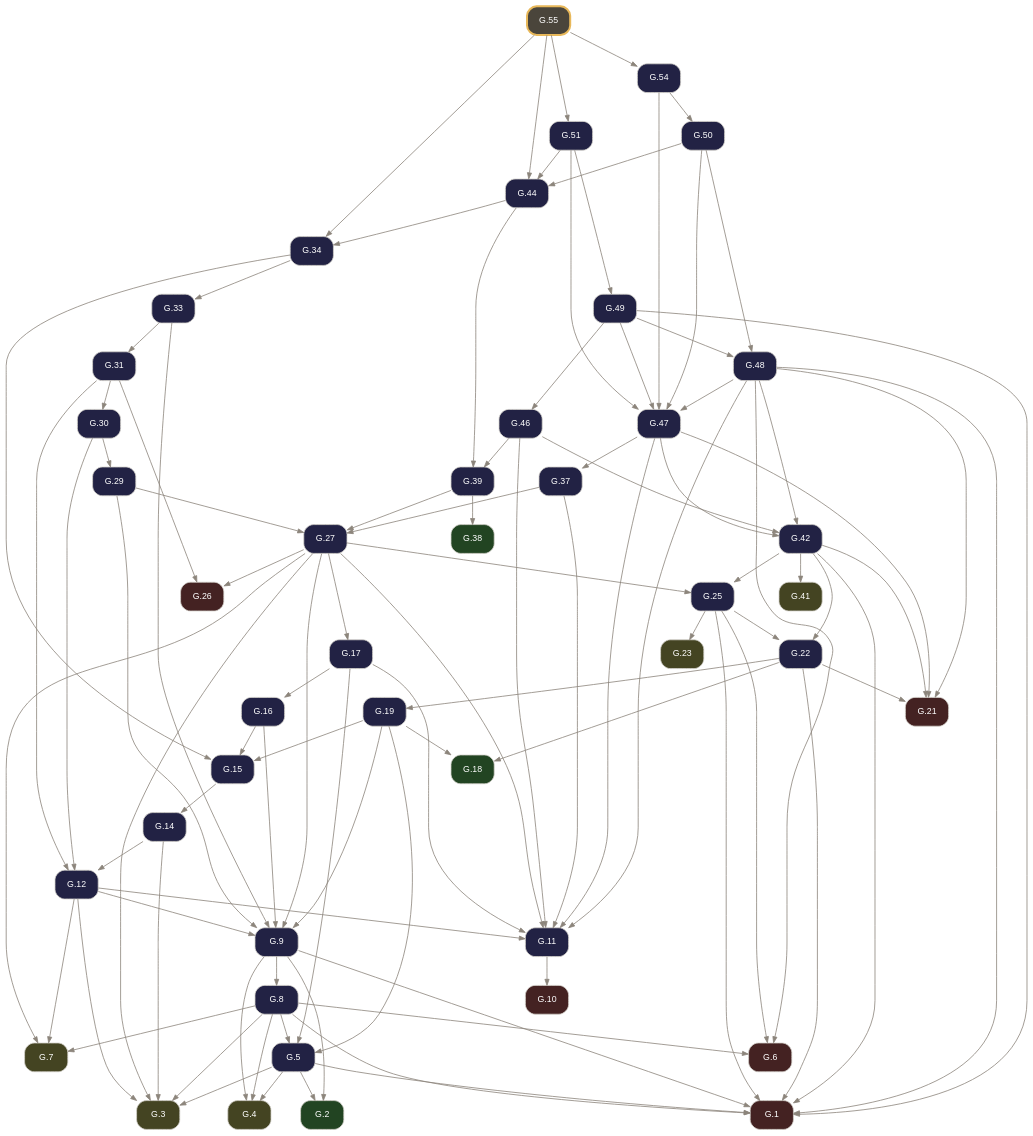
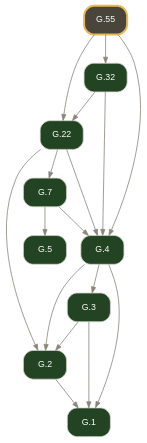
One commit to geometor/elements changed the diagram in docsrc/elements2/G.55/index.rst. Above: the diagram before and after it, drawn with Graphviz. The commit also changed other lines of this file and 2974 other files, not shown here.

Commit message:
feat(elements2): wire defined terms, short verb titles, coincidence operator, and 2-point circle notation (v0.4.0)

```diff
--- a/docsrc/elements2/G.55/index.rst
+++ b/docsrc/elements2/G.55/index.rst
@@ -87,144 +38,29 @@
      node [shape=box, style="rounded,filled", fontname="Helvetica", fontsize=11, color="#d6d3cd", fontcolor="#ffffff"];
      edge [color="#8c857b", fontcolor="#8c857b", arrowsize=0.75];
      rankdir="TB";
-     "G.1" [label="G.1", tooltip="G.1 (I.cn.1): Things equal to the same thing are equal to one another.", fillcolor="#442222", URL="../G.1/index.html", target="_top"];
-     "G.2" [label="G.2", tooltip="G.2 (I.def.15): A circle is a plane figure contained by one line such that all segments falling upon it from its center are equal.", fillcolor="#224422", URL="../G.2/index.html", target="_top"];
-     "G.3" [label="G.3", tooltip="G.3 (I.post.1): Construct a segment between any two points.", fillcolor="#444422", URL="../G.3/index.html", target="_top"];
-     "G.4" [label="G.4", tooltip="G.4 (I.post.3): Construct a circle with any center and radius.", fillcolor="#444422", URL="../G.4/index.html", target="_top"];
-     "G.5" [label="G.5", tooltip="G.5 (I.1): Construct an equilateral triangle on a given finite segment.", fillcolor="#222244", URL="../G.5/index.html", target="_top"];
-     "G.6" [label="G.6", tooltip="G.6 (I.cn.3): If equals are subtracted from equals, the remainders are equal.", fillcolor="#442222", URL="../G.6/index.html", target="_top"];
-     "G.7" [label="G.7", tooltip="G.7 (I.post.2): Extend a finite segment continuously in a straight line.", fillcolor="#444422", URL="../G.7/index.html", target="_top"];
-     "G.8" [label="G.8", tooltip="G.8 (I.2): Construct at a given point a segment equal to a given segment.", fillcolor="#222244", URL="../G.8/index.html", target="_top"];
-     "G.9" [label="G.9", tooltip="G.9 (I.3): Cut off from the greater of two unequal segments a segment equal to the less.", fillcolor="#222244", URL="../G.9/index.html", target="_top"];
-     "G.10" [label="G.10", tooltip="G.10 (I.cn.4): Things that coincide with one another are equal.", fillcolor="#442222", URL="../G.10/index.html", target="_top"];
-     "G.11" [label="G.11", tooltip="G.11 (I.4): Triangles with two sides and the included angle equal are congruent (SAS).", fillcolor="#222244", URL="../G.11/index.html", target="_top"];
-     "G.12" [label="G.12", tooltip="G.12 (I.5): In an isosceles triangle, the angles at the base are equal, and if the equal sides are extended, the angles under the base are equal.", fillcolor="#222244", URL="../G.12/index.html", target="_top"];
-     "G.14" [label="G.14", tooltip="G.14 (I.7): On the same segment and on the same side, there cannot be constructed two distinct triangles with both pairs of conterminous sides equal.", fillcolor="#222244", URL="../G.14/index.html", target="_top"];
-     "G.15" [label="G.15", tooltip="G.15 (I.8): Triangles with all three corresponding sides equal have their corresponding angles equal (SSS).", fillcolor="#222244", URL="../G.15/index.html", target="_top"];
-     "G.16" [label="G.16", tooltip="G.16 (I.9): Bisect a given angle.", fillcolor="#222244", URL="../G.16/index.html", target="_top"];
-     "G.17" [label="G.17", tooltip="G.17 (I.10): Bisect a given finite segment.", fillcolor="#222244", URL="../G.17/index.html", target="_top"];
-     "G.18" [label="G.18", tooltip="G.18 (I.def.10): When a straight line standing on a straight line makes the adjacent angles equal, each of the equal angles is a right angle, and the standing line is perpendicular to that on which...", fillcolor="#224422", URL="../G.18/index.html", target="_top"];
-     "G.19" [label="G.19", tooltip="G.19 (I.11): Construct a line at right angles to a given line from a given point on it.", fillcolor="#222244", URL="../G.19/index.html", target="_top"];
-     "G.21" [label="G.21", tooltip="G.21 (I.cn.2): If equals are added to equals, the wholes are equal.", fillcolor="#442222", URL="../G.21/index.html", target="_top"];
-     "G.22" [label="G.22", tooltip="G.22 (I.13): A ray standing on a line makes either two right angles or adjacent angles summing to two right angles.", fillcolor="#222244", URL="../G.22/index.html", target="_top"];
-     "G.23" [label="G.23", tooltip="G.23 (I.post.4): All right angles are equal.", fillcolor="#444422", URL="../G.23/index.html", target="_top"];
-     "G.25" [label="G.25", tooltip="G.25 (I.15): Intersecting lines make their vertical angles equal.", fillcolor="#222244", URL="../G.25/index.html", target="_top"];
-     "G.26" [label="G.26", tooltip="G.26 (I.cn.5): The whole is greater than the part.", fillcolor="#442222", URL="../G.26/index.html", target="_top"];
-     "G.27" [label="G.27", tooltip="G.27 (I.16): In any triangle, if one side is extended, the exterior angle is greater than either opposite interior angle.", fillcolor="#222244", URL="../G.27/index.html", target="_top"];
-     "G.29" [label="G.29", tooltip="G.29 (I.18): In any triangle, the greater side subtends the greater angle.", fillcolor="#222244", URL="../G.29/index.html", target="_top"];
-     "G.30" [label="G.30", tooltip="G.30 (I.19): In any triangle, the greater angle is subtended by the greater side.", fillcolor="#222244", URL="../G.30/index.html", target="_top"];
-     "G.31" [label="G.31", tooltip="G.31 (I.20): In any triangle, the sum of any two sides is greater than the remaining side.", fillcolor="#222244", URL="../G.31/index.html", target="_top"];
-     "G.33" [label="G.33", tooltip="G.33 (I.22): Construct a triangle from three segments equal to three given segments satisfying the triangle inequality.", fillcolor="#222244", URL="../G.33/index.html", target="_top"];
-     "G.34" [label="G.34", tooltip="G.34 (I.23): Construct on a given line at a given point an angle equal to a given angle.", fillcolor="#222244", URL="../G.34/index.html", target="_top"];
-     "G.37" [label="G.37", tooltip="G.37 (I.26): Triangles with two angles and one corresponding side equal are congruent (ASA / AAS).", fillcolor="#222244", URL="../G.37/index.html", target="_top"];
-     "G.38" [label="G.38", tooltip="G.38 (I.def.23): Parallel lines are straight lines in the same plane which, produced indefinitely in both directions, do not meet.", fillcolor="#224422", URL="../G.38/index.html", target="_top"];
-     "G.39" [label="G.39", tooltip="G.39 (I.27): If a transversal cutting two lines makes the alternate interior angles equal, the lines are parallel.", fillcolor="#222244", URL="../G.39/index.html", target="_top"];
-     "G.41" [label="G.41", tooltip="G.41 (I.post.5): Two lines intersected by a transversal with interior angles on one side summing to less than two right angles meet on that side.", fillcolor="#444422", URL="../G.41/index.html", target="_top"];
-     "G.42" [label="G.42", tooltip="G.42 (I.29): A transversal cutting parallel lines makes alternate interior angles equal, exterior and opposite interior angles equal, and same-side interior angles supplementary.", fillcolor="#222244", URL="../G.42/index.html", target="_top"];
-     "G.44" [label="G.44", tooltip="G.44 (I.31): Construct through a given point a line parallel to a given line.", fillcolor="#222244", URL="../G.44/index.html", target="_top"];
-     "G.46" [label="G.46", tooltip="G.46 (I.33): Segments joining the endpoints of equal and parallel segments in the same directions are themselves equal and parallel.", fillcolor="#222244", URL="../G.46/index.html", target="_top"];
-     "G.47" [label="G.47", tooltip="G.47 (I.34): In a parallelogram, opposite sides and opposite angles are equal, and the diagonal bisects the area.", fillcolor="#222244", URL="../G.47/index.html", target="_top"];
-     "G.48" [label="G.48", tooltip="G.48 (I.35): Parallelograms on the same base and in the same parallels are equal in area.", fillcolor="#222244", URL="../G.48/index.html", target="_top"];
-     "G.49" [label="G.49", tooltip="G.49 (I.36): Parallelograms on equal bases and in the same parallels are equal in area.", fillcolor="#222244", URL="../G.49/index.html", target="_top"];
-     "G.50" [label="G.50", tooltip="G.50 (I.37): Triangles on the same base and in the same parallels are equal in area.", fillcolor="#222244", URL="../G.50/index.html", target="_top"];
-     "G.51" [label="G.51", tooltip="G.51 (I.38): Triangles on equal bases and in the same parallels are equal in area.", fillcolor="#222244", URL="../G.51/index.html", target="_top"];
-     "G.54" [label="G.54", tooltip="G.54 (I.41): If a parallelogram shares the same base with a triangle and lies in the same parallels, the parallelogram is double the triangle.", fillcolor="#222244", URL="../G.54/index.html", target="_top"];
-     "G.55" [label="G.55", tooltip="G.55 (I.42): Construct, in a given angle, a parallelogram equal in area to a given triangle.", penwidth=2.5, color="#e8b85a", fillcolor="#4a453b", URL="index.html", target="_top"];
-     "G.5" -> "G.1";
-     "G.8" -> "G.1";
-     "G.9" -> "G.1";
-     "G.22" -> "G.1";
-     "G.25" -> "G.1";
-     "G.42" -> "G.1";
-     "G.48" -> "G.1";
-     "G.49" -> "G.1";
-     "G.5" -> "G.2";
-     "G.9" -> "G.2";
-     "G.5" -> "G.3";
-     "G.8" -> "G.3";
-     "G.12" -> "G.3";
-     "G.14" -> "G.3";
-     "G.27" -> "G.3";
-     "G.5" -> "G.4";
-     "G.8" -> "G.4";
-     "G.9" -> "G.4";
-     "G.8" -> "G.5";
-     "G.17" -> "G.5";
-     "G.19" -> "G.5";
-     "G.8" -> "G.6";
-     "G.25" -> "G.6";
-     "G.48" -> "G.6";
-     "G.8" -> "G.7";
-     "G.12" -> "G.7";
-     "G.27" -> "G.7";
-     "G.9" -> "G.8";
-     "G.12" -> "G.9";
-     "G.16" -> "G.9";
-     "G.19" -> "G.9";
-     "G.27" -> "G.9";
-     "G.29" -> "G.9";
-     "G.33" -> "G.9";
-     "G.11" -> "G.10";
-     "G.12" -> "G.11";
-     "G.17" -> "G.11";
-     "G.27" -> "G.11";
-     "G.37" -> "G.11";
-     "G.46" -> "G.11";
-     "G.47" -> "G.11";
-     "G.48" -> "G.11";
-     "G.14" -> "G.12";
-     "G.30" -> "G.12";
-     "G.31" -> "G.12";
-     "G.15" -> "G.14";
-     "G.16" -> "G.15";
-     "G.19" -> "G.15";
-     "G.34" -> "G.15";
-     "G.17" -> "G.16";
-     "G.27" -> "G.17";
-     "G.19" -> "G.18";
-     "G.22" -> "G.18";
-     "G.22" -> "G.19";
-     "G.22" -> "G.21";
-     "G.42" -> "G.21";
-     "G.47" -> "G.21";
-     "G.48" -> "G.21";
-     "G.25" -> "G.22";
-     "G.42" -> "G.22";
-     "G.25" -> "G.23";
-     "G.27" -> "G.25";
-     "G.42" -> "G.25";
-     "G.27" -> "G.26";
-     "G.31" -> "G.26";
-     "G.29" -> "G.27";
-     "G.37" -> "G.27";
-     "G.39" -> "G.27";
-     "G.30" -> "G.29";
-     "G.31" -> "G.30";
-     "G.33" -> "G.31";
-     "G.34" -> "G.33";
-     "G.44" -> "G.34";
-     "G.55" -> "G.34";
-     "G.47" -> "G.37";
-     "G.39" -> "G.38";
-     "G.44" -> "G.39";
-     "G.46" -> "G.39";
-     "G.42" -> "G.41";
-     "G.46" -> "G.42";
-     "G.47" -> "G.42";
-     "G.48" -> "G.42";
-     "G.50" -> "G.44";
-     "G.51" -> "G.44";
-     "G.55" -> "G.44";
-     "G.49" -> "G.46";
-     "G.48" -> "G.47";
-     "G.49" -> "G.47";
-     "G.50" -> "G.47";
-     "G.51" -> "G.47";
-     "G.54" -> "G.47";
-     "G.49" -> "G.48";
-     "G.50" -> "G.48";
-     "G.51" -> "G.49";
-     "G.54" -> "G.50";
-     "G.55" -> "G.51";
-     "G.55" -> "G.54";
+     "G.1" [label="G.1", tooltip="G.1 (I.def.1): A point A is that which has no part.", fillcolor="#224422", URL="../G.1/index.html", target="_top"];
+     "G.2" [label="G.2", tooltip="G.2 (I.def.2): A line [ A B ] is a projection of a relationship of two points A, B.", fillcolor="#224422", URL="../G.2/index.html", target="_top"];
+     "G.3" [label="G.3", tooltip="G.3 (I.def.3): The extremities of a segment / A B / are points A, B.", fillcolor="#224422", URL="../G.3/index.html", target="_top"];
+     "G.4" [label="G.4", tooltip="G.4 (I.def.4): A segment / A B / is a portion of a line [ A B ] between two points A, B on the line.", fillcolor="#224422", URL="../G.4/index.html", target="_top"];
+     "G.5" [label="G.5", tooltip="G.5 (I.def.5): A surface is that which has length and breadth only.", fillcolor="#224422", URL="../G.5/index.html", target="_top"];
+     "G.7" [label="G.7", tooltip="G.7 (I.def.7): A plane surface lies evenly with the lines on itself.", fillcolor="#224422", URL="../G.7/index.html", target="_top"];
+     "G.22" [label="G.22", tooltip="G.22 (I.def.8): A plane angle is the inclination to one another of two lines or arcs in a plane that meet and do not lie on the same line.", fillcolor="#224422", URL="../G.22/index.html", target="_top"];
+     "G.32" [label="G.32", tooltip="G.32 (I.def.10): When a segment standing on a line makes the adjacent angles equal, each of the equal angles is a right angle, and the standing segment is perpendicular to the line.", fillcolor="#224422", URL="../G.32/index.html", target="_top"];
+     "G.55" [label="G.55", tooltip="G.55 (I.post.5): Two lines intersected by a transversal with interior angles on one side summing to less than two right angles meet on that side.", penwidth=2.5, color="#e8b85a", fillcolor="#4a453b", URL="index.html", target="_top"];
+     "G.2" -> "G.1";
+     "G.3" -> "G.1";
+     "G.4" -> "G.1";
+     "G.3" -> "G.2";
+     "G.4" -> "G.2";
+     "G.22" -> "G.2";
+     "G.4" -> "G.3";
+     "G.7" -> "G.4";
+     "G.22" -> "G.4";
+     "G.32" -> "G.4";
+     "G.55" -> "G.4";
+     "G.7" -> "G.5";
+     "G.22" -> "G.7";
+     "G.32" -> "G.22";
+     "G.55" -> "G.22";
+     "G.55" -> "G.32";
    }
```
